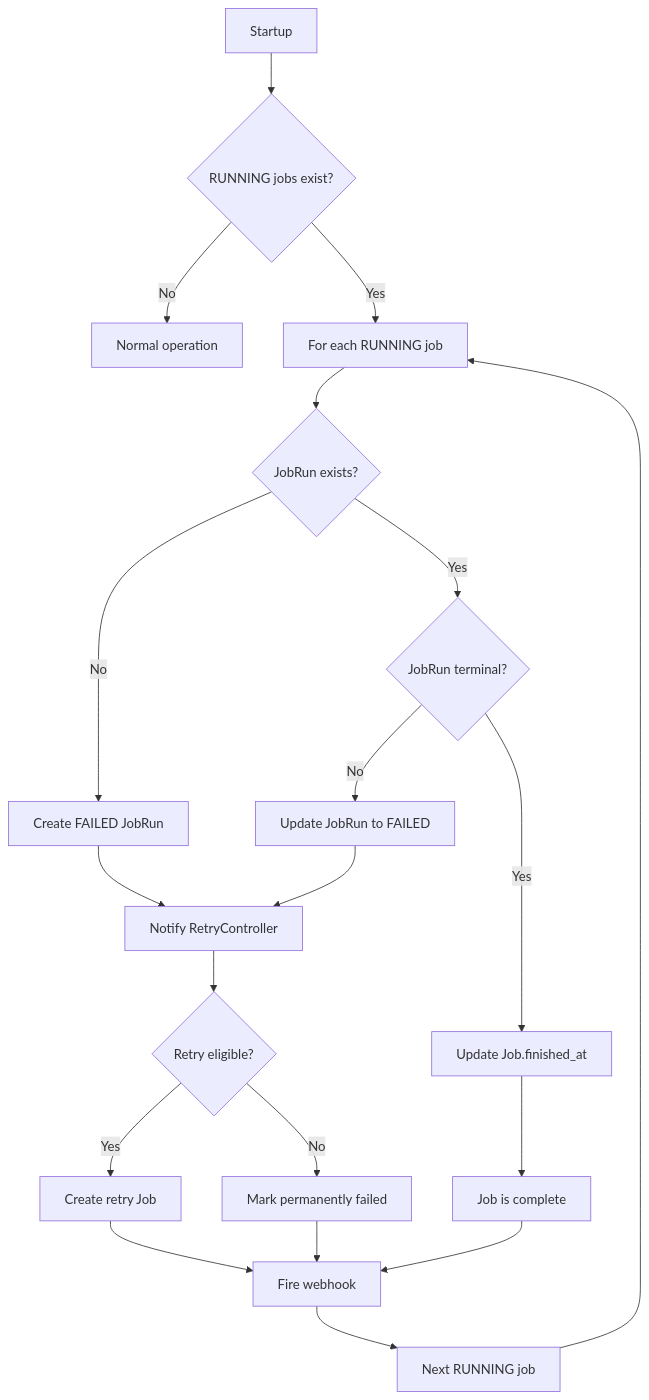
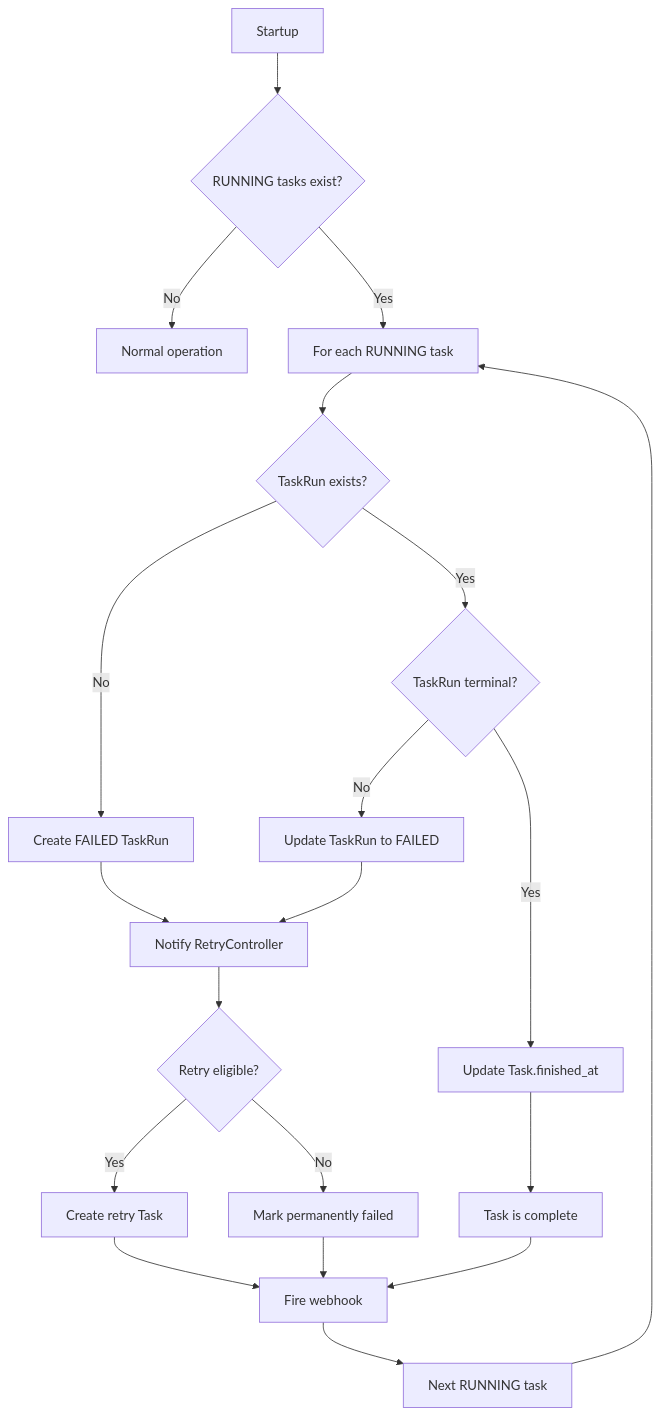
Before and after one commit to VinylStage/horror-story-generator: the first of 3 diagrams in docs/task-scheduler/RECOVERY_SCENARIOS.md, drawn with Mermaid. The commit also changed other lines of this file and 24 other files, not shown here.

````diff
--- a/docs/task-scheduler/RECOVERY_SCENARIOS.md
+++ b/docs/task-scheduler/RECOVERY_SCENARIOS.md
@@ -65,22 +65,22 @@
 ```mermaid
 flowchart TD
-    A[Startup] --> B{RUNNING jobs exist?}
+    A[Startup] --> B{RUNNING tasks exist?}
     B -->|No| Z[Normal operation]
-    B -->|Yes| C[For each RUNNING job]
-    C --> D{JobRun exists?}
-    D -->|No| E[Create FAILED JobRun]
-    D -->|Yes| F{JobRun terminal?}
-    F -->|No| G[Update JobRun to FAILED]
-    F -->|Yes| H[Update Job.finished_at]
+    B -->|Yes| C[For each RUNNING task]
+    C --> D{TaskRun exists?}
+    D -->|No| E[Create FAILED TaskRun]
+    D -->|Yes| F{TaskRun terminal?}
+    F -->|No| G[Update TaskRun to FAILED]
+    F -->|Yes| H[Update Task.finished_at]
     E --> I[Notify RetryController]
     G --> I
-    H --> J[Job is complete]
+    H --> J[Task is complete]
     I --> K{Retry eligible?}
-    K -->|Yes| L[Create retry Job]
+    K -->|Yes| L[Create retry Task]
     K -->|No| M[Mark permanently failed]
     L --> N[Fire webhook]
     M --> N
     J --> N
-    N --> O[Next RUNNING job]
+    N --> O[Next RUNNING task]
     O --> C
 ```
````
